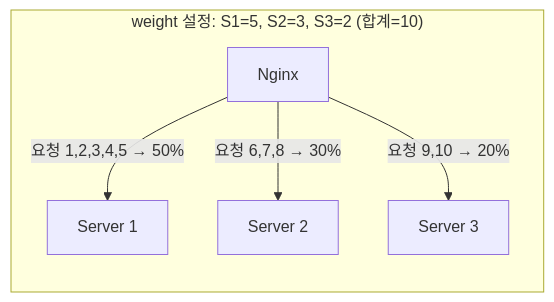
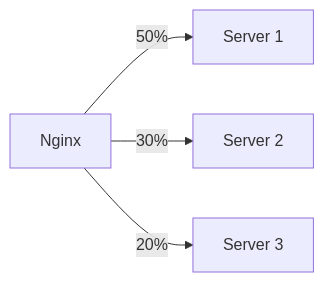
Before and after one commit to yjkim2015/yjkim2015.github.io: the eighth of 18 diagrams in _posts/server/2026-05-01-nginx.md, drawn with Mermaid. The commit also changed other lines of this file and 155 other files, not shown here.

First line of the commit message:
Mermaid 전면 수정: subgraph 제거, participant/노드/줄수 축소 (342블록)

````diff
--- a/_posts/server/2026-05-01-nginx.md
+++ b/_posts/server/2026-05-01-nginx.md
@@ -310,12 +298,7 @@
 ```mermaid
 graph LR
-    subgraph "weight 설정: S1=5, S2=3, S3=2 (합계=10)"
-        N["Nginx"]
-        S1["Server 1"]
-        S2["Server 2"]
-        S3["Server 3"]
-        N -->|"요청 1,2,3,4,5 → 50%"| S1
-        N -->|"요청 6,7,8 → 30%"| S2
-        N -->|"요청 9,10 → 20%"| S3
-    end
+    N["Nginx"]
+    N -->|50%| S1["Server 1"]
+    N -->|30%| S2["Server 2"]
+    N -->|20%| S3["Server 3"]
 ```
````
